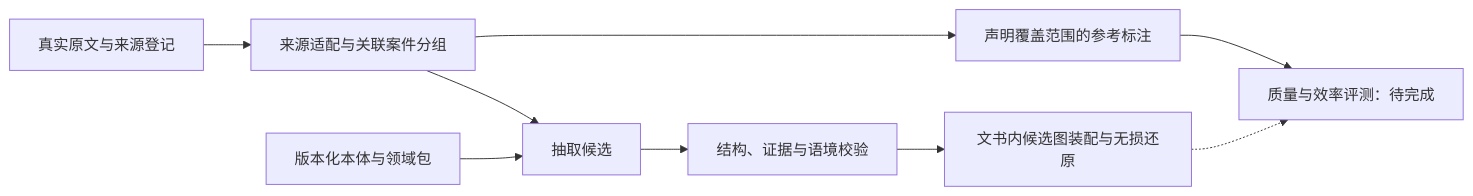
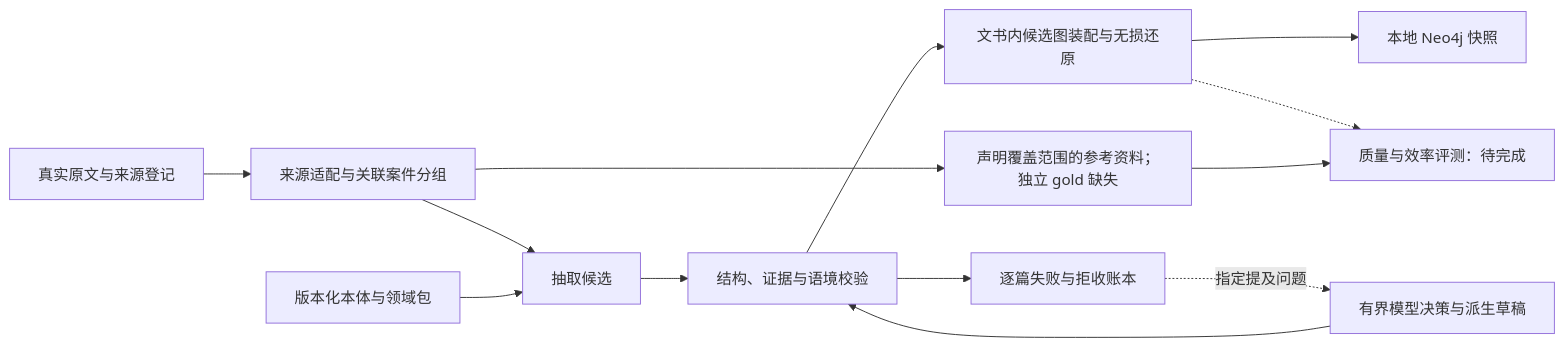
The diagram in docs/architecture.md (no15438/judicial-ontology-kg), drawn with Mermaid before and after one commit. The commit also changed other lines of this file and 7 other files, not shown here.

````diff
--- a/docs/architecture.md
+++ b/docs/architecture.md
@@ -5,11 +5,15 @@
 ```mermaid
 flowchart LR
     A[真实原文与来源登记] --> B[来源适配与关联案件分组]
     B --> C[抽取候选]
     O[版本化本体与领域包] --> C
     C --> D[结构、证据与语境校验]
     D --> E[文书内候选图装配与无损还原]
-    B --> G[声明覆盖范围的参考标注]
+    D --> H[逐篇失败与拒收账本]
+    H -.指定提及问题.-> R[有界模型决策与派生草稿]
+    R --> D
+    E --> N[本地 Neo4j 快照]
+    B --> G[声明覆盖范围的参考资料；独立 gold 缺失]
     E -.-> F[质量与效率评测：待完成]
     G --> F
 ```
````
